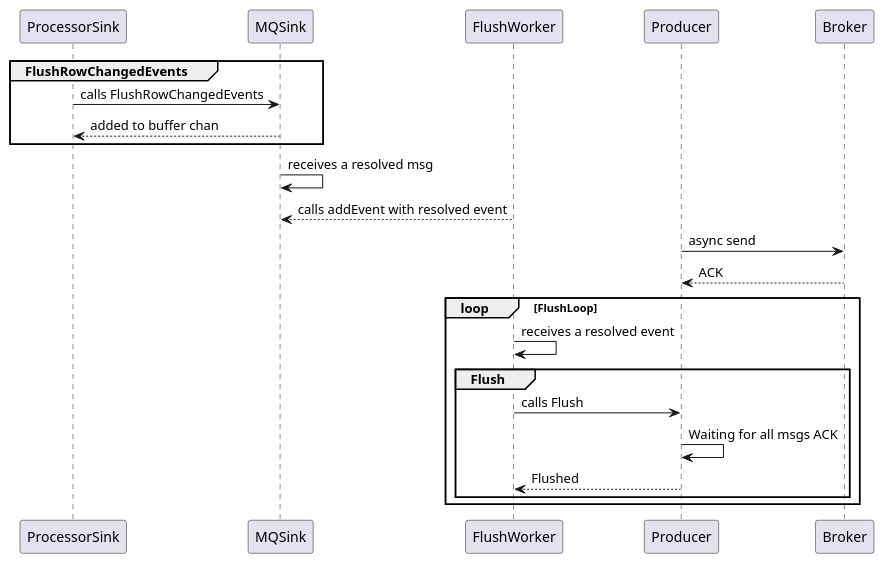
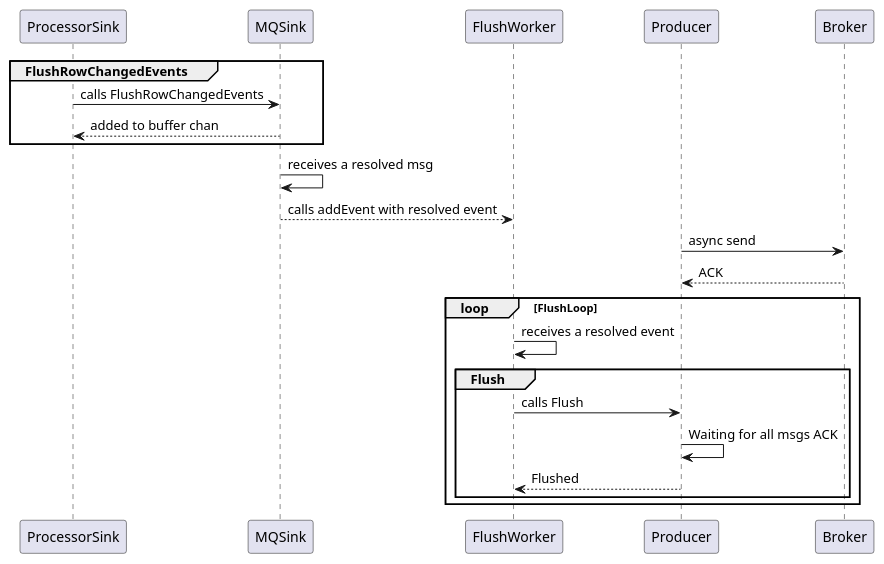
The ninth of 10 diagrams in slides.md (Rustin170506/ticdc-sink.slide), drawn with PlantUML before and after one commit. The commit also changed other lines of this file, not shown here.

Commit message:
Better graph and conent

````diff
--- a/slides.md
+++ b/slides.md
@@ -649,20 +663,20 @@
 ```plantuml {scale: 0.8}
 @startuml
 group FlushRowChangedEvents 
   ProcessorSink -> MQSink: calls FlushRowChangedEvents
   ProcessorSink <-- MQSink: added to buffer chan
 end
 MQSink -> MQSink: receives a resolved msg
-MQSink <-- FlushWorker: calls addEvent with resolved event
+MQSink --> FlushWorker: calls addEvent with resolved event
 Producer -> Broker: async send
 Producer <-- Broker: ACK
 loop FlushLoop 
 FlushWorker -> FlushWorker: receives a resolved event
   group Flush 
     FlushWorker -> Producer: calls Flush
     Producer -> Producer: Waiting for all msgs ACK
     FlushWorker <-- Producer: Flushed
   end
 end
 @enduml
 ```
````
